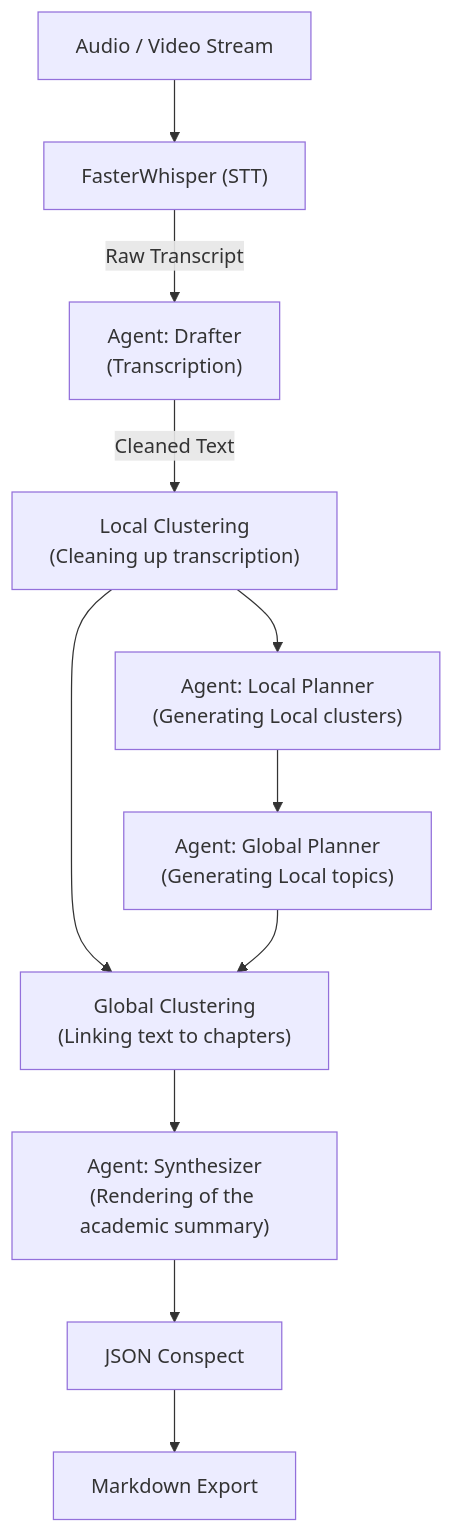
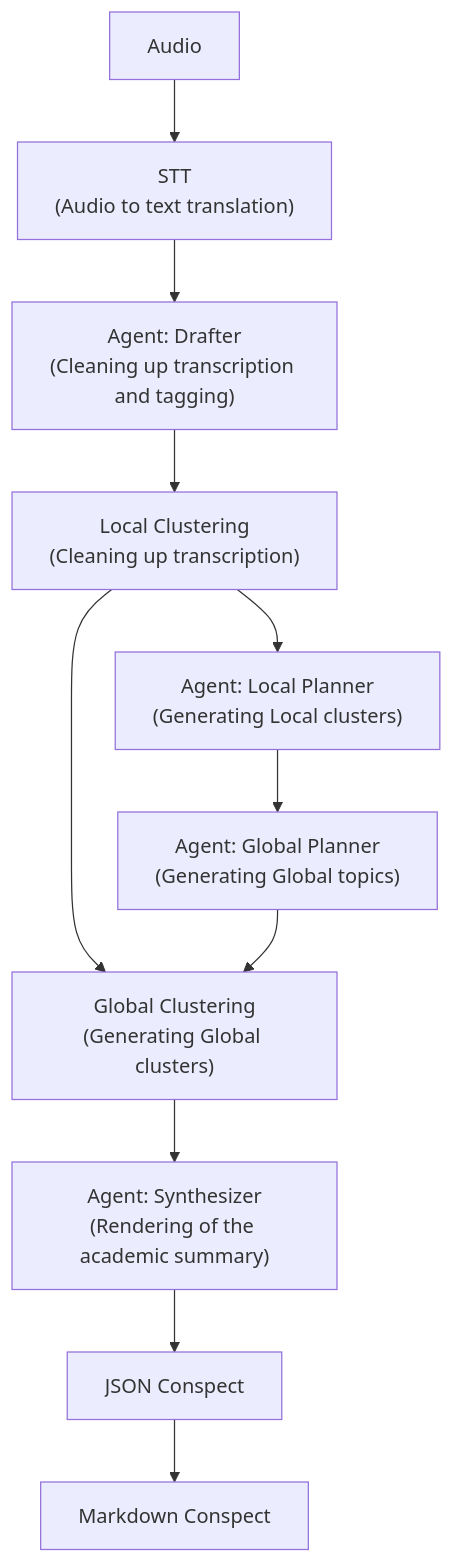
The diagram in README.md (m4deme1ns4ne/LongConspectWriter), drawn with Mermaid before and after one commit.

````diff
--- a/README.md
+++ b/README.md
@@ -16,20 +16,20 @@
 ```mermaid
 flowchart TD
-    Audio["Audio / Video Stream"] --> STT["FasterWhisper (STT)"]
+    Audio["Audio"] --> STT["STT<br/>(Audio to text translation)"]
     
-    STT --> |"Raw Transcript"| Drafter["Agent: Drafter<br/>(Transcription)"]
+    STT -->  Drafter["Agent: Drafter<br/>(Cleaning up transcription and tagging)"]
     
-    Drafter --> |"Cleaned Text"| LCluster["Local Clustering<br/>(Cleaning up transcription)"]
+    Drafter -->  LCluster["Local Clustering<br/>(Cleaning up transcription)"]
     
     LCluster --> LPlanner["Agent: Local Planner<br/>(Generating Local clusters)"]
     
-    LPlanner --> GPlanner["Agent: Global Planner<br/>(Generating Local topics)"]
+    LPlanner --> GPlanner["Agent: Global Planner<br/>(Generating Global topics)"]
     
-    LCluster & GPlanner --> GCluster["Global Clustering<br/>(Linking text to chapters)"]
+    LCluster & GPlanner --> GCluster["Global Clustering<br/>(Generating Global clusters)"]
     
     GCluster --> Synthesizer["Agent: Synthesizer<br/>(Rendering of the academic summary)"]
     
     Synthesizer --> JSON["JSON Conspect"]
 
-    JSON --> MD["Markdown Export"]
+    JSON --> MD["Markdown Conspect"]
 ```
````
